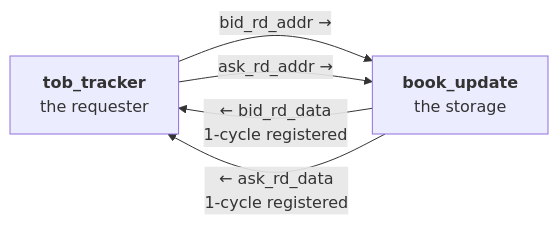
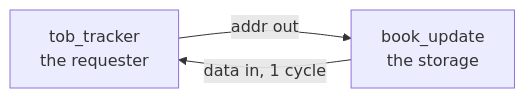
Before and after one commit to Rushmello369/fpga-feed-handler: the fifth of 5 diagrams in docs/diagrams/book_update.md, drawn with Mermaid. The commit also changed other lines of this file and 12 other files, not shown here.

Commit message:
add diagrams for system and module architectures

````diff
--- a/docs/diagrams/book_update.md
+++ b/docs/diagrams/book_update.md
@@ -127,10 +101,7 @@
 ```mermaid
 flowchart LR
-    TT["<b>tob_tracker</b><br/>the requester"]
-    BU["<b>book_update</b><br/>the storage"]
-
-    TT -->|"bid_rd_addr →"| BU
-    BU -->|"← bid_rd_data<br/>1-cycle registered"| TT
-    TT -->|"ask_rd_addr →"| BU
-    BU -->|"← ask_rd_data<br/>1-cycle registered"| TT
+    TT[tob_tracker<br/>the requester]
+    BU[book_update<br/>the storage]
+    TT -->|addr out| BU
+    BU -->|data in, 1 cycle| TT
 ```
````
